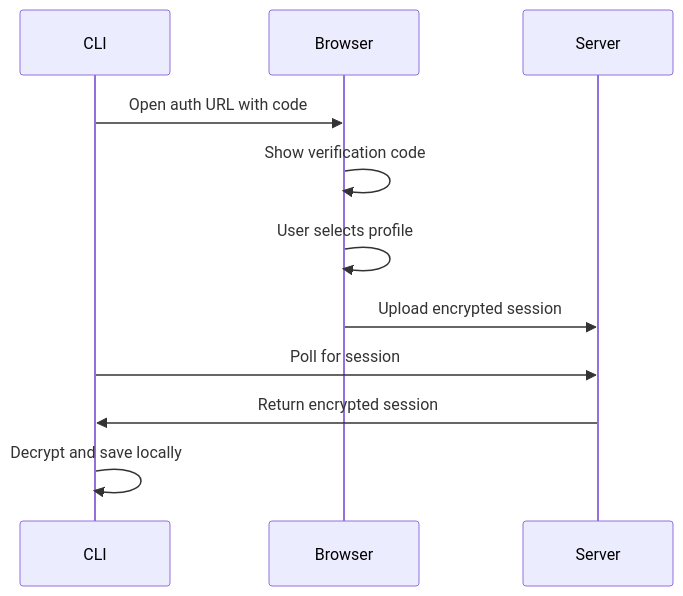
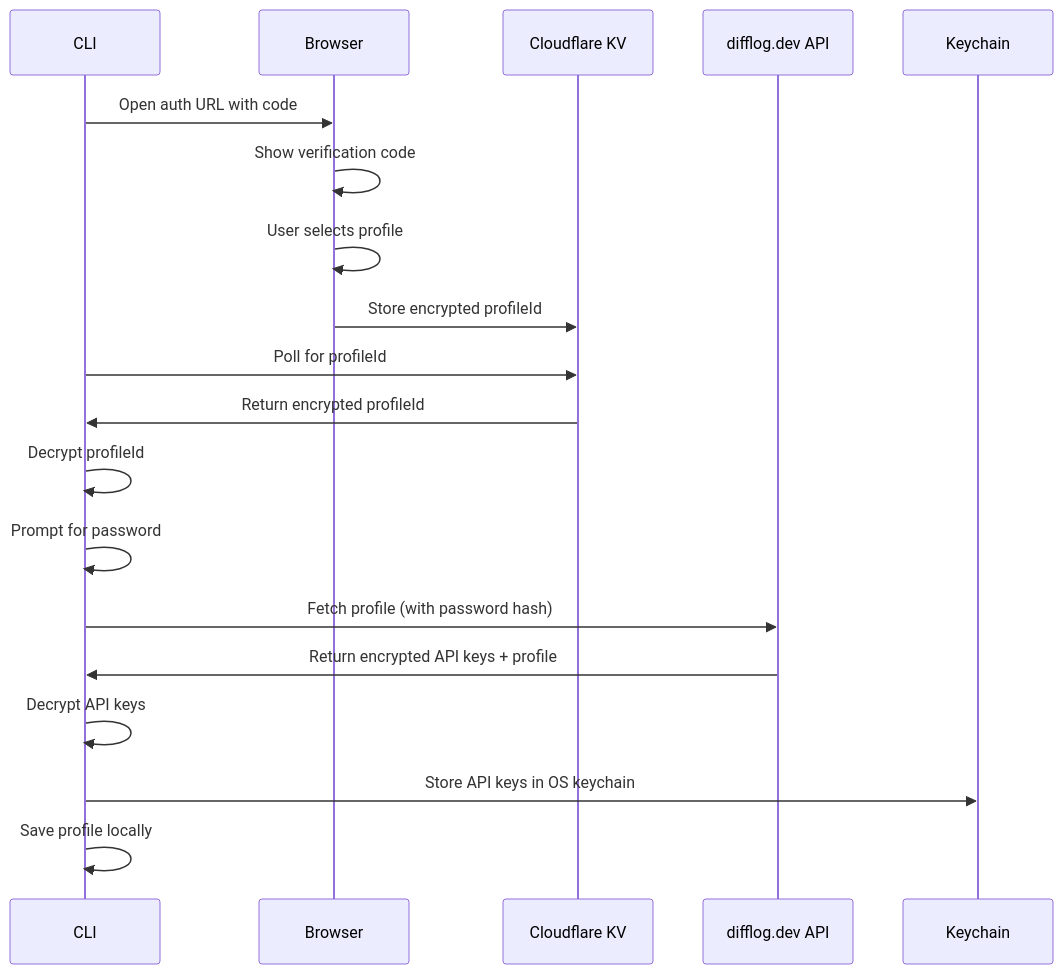
One commit to SmileyChris/difflog changed the diagram in docs/cli.md. Above: the diagram before and after it, drawn with Mermaid. The commit also changed other lines of this file and 10 other files, not shown here.

````diff
--- a/docs/cli.md
+++ b/docs/cli.md
@@ -238,14 +270,21 @@
 ```mermaid
 sequenceDiagram
     participant CLI
     participant Browser
-    participant Server
+    participant KV as Cloudflare KV
+    participant API as difflog.dev API
 
     CLI->>Browser: Open auth URL with code
     Browser->>Browser: Show verification code
     Browser->>Browser: User selects profile
-    Browser->>Server: Upload encrypted session
-    CLI->>Server: Poll for session
-    Server->>CLI: Return encrypted session
-    CLI->>CLI: Decrypt and save locally
+    Browser->>KV: Store encrypted profileId
+    CLI->>KV: Poll for profileId
+    KV->>CLI: Return encrypted profileId
+    CLI->>CLI: Decrypt profileId
+    CLI->>CLI: Prompt for password
+    CLI->>API: Fetch profile (with password hash)
+    API->>CLI: Return encrypted API keys + profile
+    CLI->>CLI: Decrypt API keys
+    CLI->>Keychain: Store API keys in OS keychain
+    CLI->>CLI: Save profile locally
 ```
````
